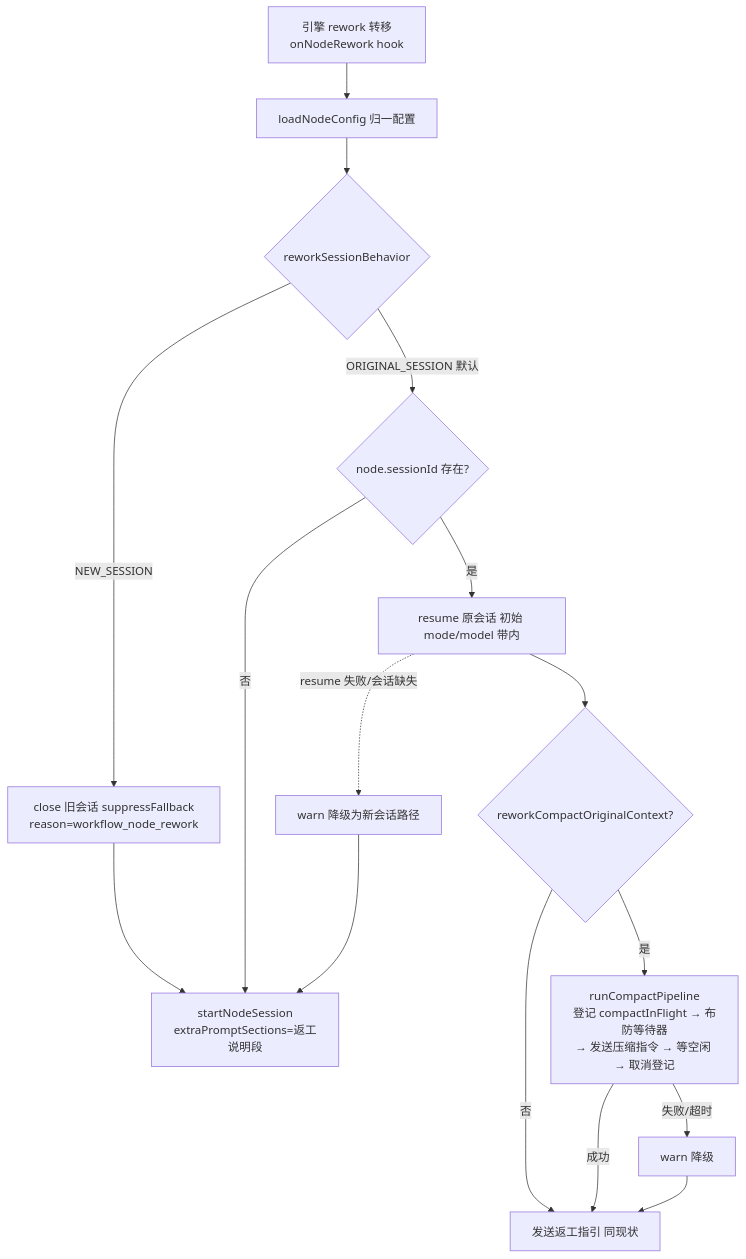
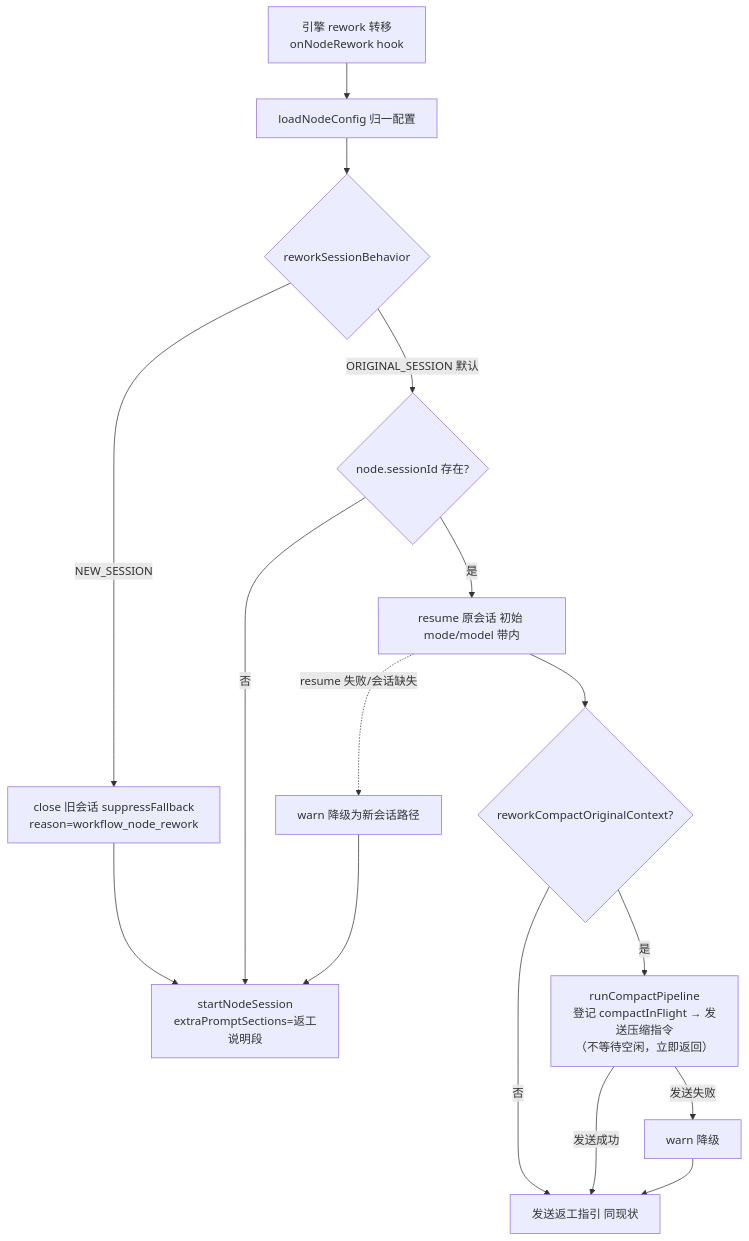
The second of 4 diagrams in docs/engineering/plan/20261115-feat-workflow-reject-rework-session-behavior.md (Deliay/z-agent-gear), drawn with Mermaid before and after one commit. The commit also changed other lines of this file and 6 other files, not shown here.

````diff
--- a/docs/engineering/plan/20261115-feat-workflow-reject-rework-session-behavior.md
+++ b/docs/engineering/plan/20261115-feat-workflow-reject-rework-session-behavior.md
@@ -103,16 +103,16 @@
 ```mermaid
 flowchart TD
     A[引擎 rework 转移<br/>onNodeRework hook] --> B[loadNodeConfig 归一配置]
     B --> C{reworkSessionBehavior}
     C -->|NEW_SESSION| D[close 旧会话 suppressFallback<br/>reason=workflow_node_rework]
     D --> E[startNodeSession<br/>extraPromptSections=返工说明段]
     C -->|ORIGINAL_SESSION 默认| F{node.sessionId 存在?}
     F -->|否| E
     F -->|是| G[resume 原会话 初始 mode/model 带内]
     G --> H{reworkCompactOriginalContext?}
     H -->|否| I[发送返工指引 同现状]
-    H -->|是| J[runCompactPipeline<br/>登记 compactInFlight → 布防等待器<br/>→ 发送压缩指令 → 等空闲 → 取消登记]
-    J -->|成功| I
-    J -->|失败/超时| K[warn 降级] --> I
+    H -->|是| J[runCompactPipeline<br/>登记 compactInFlight → 发送压缩指令<br/>（不等待空闲，立即返回）]
+    J -->|发送成功| I
+    J -->|发送失败| K[warn 降级] --> I
     G -.resume 失败/会话缺失.-> L[warn 降级为新会话路径] --> E
 ```
````
